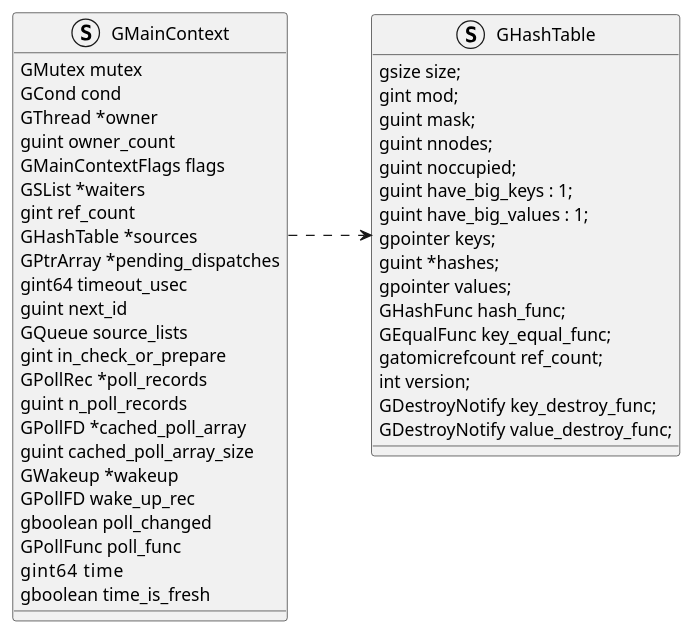
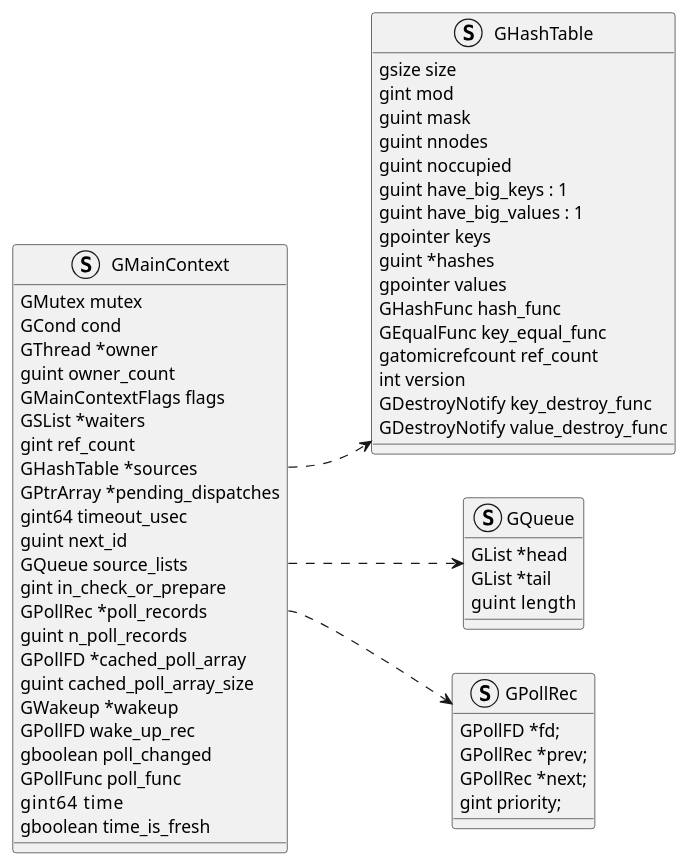
One commit to rivsidn/repositories-incubator changed the diagram in qemu_src/plantUML/GMainContext.puml. Above: the diagram before and after it, drawn with PlantUML. The commit also changed 3 other files, not shown here.

```diff
--- a/qemu_src/plantUML/GMainContext.puml
+++ b/qemu_src/plantUML/GMainContext.puml
@@ -1,53 +1,69 @@
 @startuml
 
 left to right direction
 
 struct GMainContext
 {
   GMutex mutex
   GCond cond
   GThread *owner
   guint owner_count
   GMainContextFlags flags
   GSList *waiters
   gint ref_count
   GHashTable *sources
   GPtrArray *pending_dispatches
   gint64 timeout_usec
   guint next_id
   GQueue source_lists
   gint in_check_or_prepare
   GPollRec *poll_records
   guint n_poll_records
   GPollFD *cached_poll_array
   guint cached_poll_array_size
   GWakeup *wakeup
   GPollFD wake_up_rec
   gboolean poll_changed
   GPollFunc poll_func
   gint64   time
   gboolean time_is_fresh
 }
 
 struct GHashTable {
-    gsize size;
-    gint mod;
-    guint mask;
-    guint nnodes;
-    guint noccupied;
-    guint have_big_keys : 1;
-    guint have_big_values : 1;
-    gpointer keys;
-    guint *hashes;
-    gpointer values;
-    GHashFunc hash_func;
-    GEqualFunc key_equal_func;
-    gatomicrefcount ref_count;
-    int version;
-    GDestroyNotify key_destroy_func;
-    GDestroyNotify value_destroy_func;
+    gsize size
+    gint mod
+    guint mask
+    guint nnodes
+    guint noccupied
+    guint have_big_keys : 1
+    guint have_big_values : 1
+    gpointer keys
+    guint *hashes
+    gpointer values
+    GHashFunc hash_func
+    GEqualFunc key_equal_func
+    gatomicrefcount ref_count
+    int version
+    GDestroyNotify key_destroy_func
+    GDestroyNotify value_destroy_func
 }
 
+struct GQueue {
+  GList *head
+  GList *tail
+  guint  length
+}
+
+struct GPollRec {
+    GPollFD *fd;
+    GPollRec *prev;
+    GPollRec *next;
+    gint priority;
+}
+
+
 GMainContext::sources ..> GHashTable
+GMainContext::source_lists ..> GQueue
+GMainContext::poll_records ..> GPollRec
 
 @enduml
```
